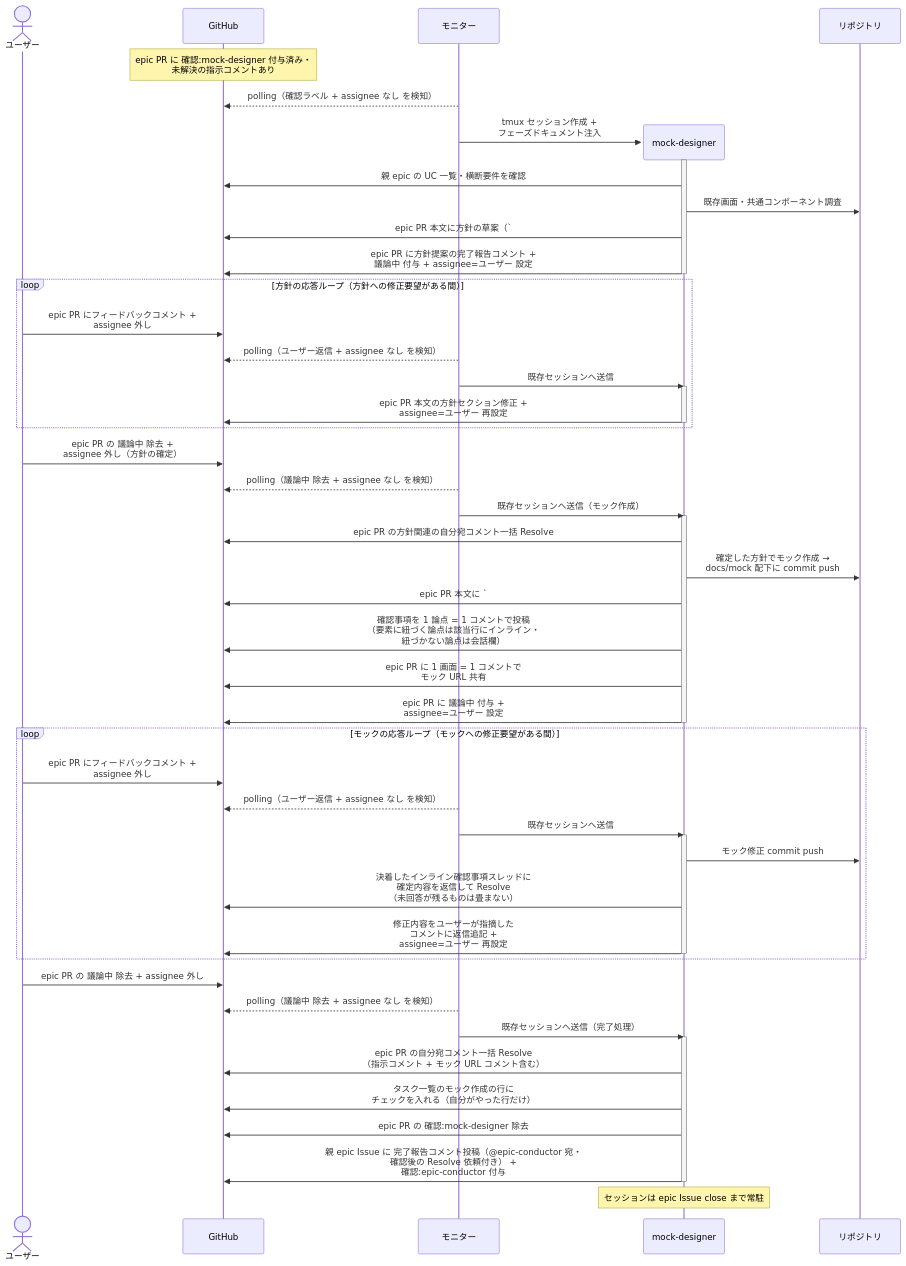
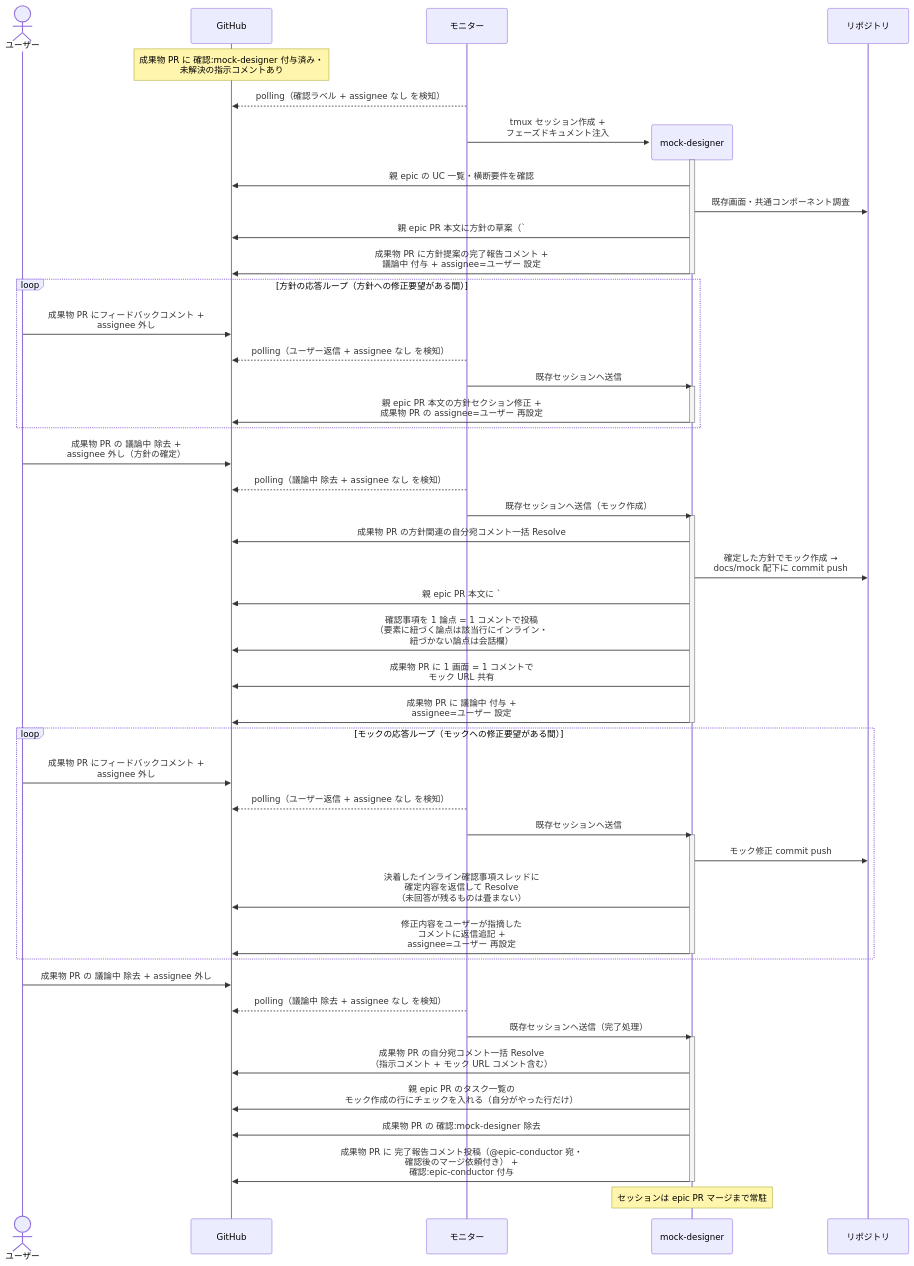
Before and after one commit to shuhei1101/ai-monitor: the first of 2 diagrams in docs/wiki/設計図/シナリオ/単一ユースケース/全体UI設計.md, drawn with Mermaid. The commit also changed other lines of this file and 256 other files, not shown here.

````diff
--- a/docs/wiki/設計図/シナリオ/単一ユースケース/全体UI設計.md
+++ b/docs/wiki/設計図/シナリオ/単一ユースケース/全体UI設計.md
@@ -26,61 +26,61 @@
 ```mermaid
 sequenceDiagram
   actor U as ユーザー
   participant GH as GitHub
   participant ORC as モニター
 
-  Note over GH: epic PR に 確認:mock-designer 付与済み・<br>未解決の指示コメントあり
+  Note over GH: 成果物 PR に 確認:mock-designer 付与済み・<br>未解決の指示コメントあり
   ORC-->>GH: polling（確認ラベル + assignee なし を検知）
   create participant MON as mock-designer
   ORC->>MON: tmux セッション作成 +<br>フェーズドキュメント注入
   participant REPO as リポジトリ
   activate MON
   MON->>GH: 親 epic の UC 一覧・横断要件を確認
   MON->>REPO: 既存画面・共通コンポーネント調査
-  MON->>GH: epic PR 本文に方針の草案（`### 画面一覧` +<br>`### 画面遷移`）を追記
-  MON->>GH: epic PR に方針提案の完了報告コメント +<br>議論中 付与 + assignee=ユーザー 設定
+  MON->>GH: 親 epic PR 本文に方針の草案（`### 画面一覧` +<br>`### 画面遷移`）を追記
+  MON->>GH: 成果物 PR に方針提案の完了報告コメント +<br>議論中 付与 + assignee=ユーザー 設定
   deactivate MON
 
   loop 方針の応答ループ（方針への修正要望がある間）
-    U->>GH: epic PR にフィードバックコメント +<br>assignee 外し
+    U->>GH: 成果物 PR にフィードバックコメント +<br>assignee 外し
     ORC-->>GH: polling（ユーザー返信 + assignee なし を検知）
     ORC->>MON: 既存セッションへ送信
     activate MON
-    MON->>GH: epic PR 本文の方針セクション修正 +<br>assignee=ユーザー 再設定
+    MON->>GH: 親 epic PR 本文の方針セクション修正 +<br>成果物 PR の assignee=ユーザー 再設定
     deactivate MON
   end
 
-  U->>GH: epic PR の 議論中 除去 +<br>assignee 外し（方針の確定）
+  U->>GH: 成果物 PR の 議論中 除去 +<br>assignee 外し（方針の確定）
   ORC-->>GH: polling（議論中 除去 + assignee なし を検知）
   ORC->>MON: 既存セッションへ送信（モック作成）
   activate MON
-  MON->>GH: epic PR の方針関連の自分宛コメント一括 Resolve
+  MON->>GH: 成果物 PR の方針関連の自分宛コメント一括 Resolve
   MON->>REPO: 確定した方針でモック作成 →<br>docs/mock 配下に commit push
-  MON->>GH: epic PR 本文に `### モック`（画面ごとの URL 一覧）を追記
+  MON->>GH: 親 epic PR 本文に `### モック`（画面ごとの URL 一覧）を追記
   MON->>GH: 確認事項を 1 論点 = 1 コメントで投稿<br>（要素に紐づく論点は該当行にインライン・<br>紐づかない論点は会話欄）
-  MON->>GH: epic PR に 1 画面 = 1 コメントで<br>モック URL 共有
-  MON->>GH: epic PR に 議論中 付与 +<br>assignee=ユーザー 設定
+  MON->>GH: 成果物 PR に 1 画面 = 1 コメントで<br>モック URL 共有
+  MON->>GH: 成果物 PR に 議論中 付与 +<br>assignee=ユーザー 設定
   deactivate MON
 
   loop モックの応答ループ（モックへの修正要望がある間）
-    U->>GH: epic PR にフィードバックコメント +<br>assignee 外し
+    U->>GH: 成果物 PR にフィードバックコメント +<br>assignee 外し
     ORC-->>GH: polling（ユーザー返信 + assignee なし を検知）
     ORC->>MON: 既存セッションへ送信
     activate MON
     MON->>REPO: モック修正 commit push
     MON->>GH: 決着したインライン確認事項スレッドに<br>確定内容を返信して Resolve<br>（未回答が残るものは畳まない）
     MON->>GH: 修正内容をユーザーが指摘した<br>コメントに返信追記 +<br>assignee=ユーザー 再設定
     deactivate MON
   end
 
-  U->>GH: epic PR の 議論中 除去 + assignee 外し
+  U->>GH: 成果物 PR の 議論中 除去 + assignee 外し
   ORC-->>GH: polling（議論中 除去 + assignee なし を検知）
   ORC->>MON: 既存セッションへ送信（完了処理）
   activate MON
-  MON->>GH: epic PR の自分宛コメント一括 Resolve<br>（指示コメント + モック URL コメント含む）
-  MON->>GH: タスク一覧のモック作成の行に<br>チェックを入れる（自分がやった行だけ）
-  MON->>GH: epic PR の 確認:mock-designer 除去
-  MON->>GH: 親 epic Issue に 完了報告コメント投稿（@epic-conductor 宛・<br>確認後の Resolve 依頼付き） +<br>確認:epic-conductor 付与
+  MON->>GH: 成果物 PR の自分宛コメント一括 Resolve<br>（指示コメント + モック URL コメント含む）
+  MON->>GH: 親 epic PR のタスク一覧の<br>モック作成の行にチェックを入れる（自分がやった行だけ）
+  MON->>GH: 成果物 PR の 確認:mock-designer 除去
+  MON->>GH: 成果物 PR に 完了報告コメント投稿（@epic-conductor 宛・<br>確認後のマージ依頼付き） +<br>確認:epic-conductor 付与
   deactivate MON
-  Note over MON: セッションは epic Issue close まで常駐
+  Note over MON: セッションは epic PR マージまで常駐
 ```
````
